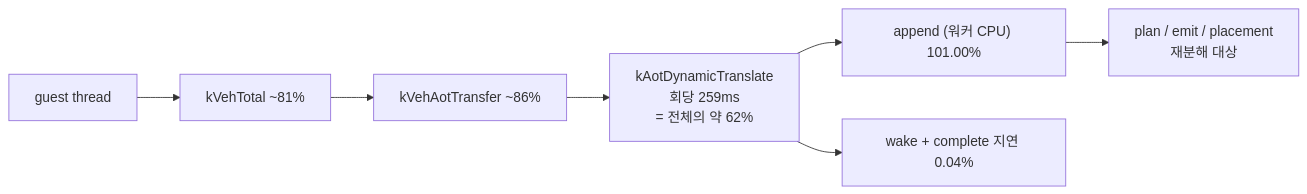
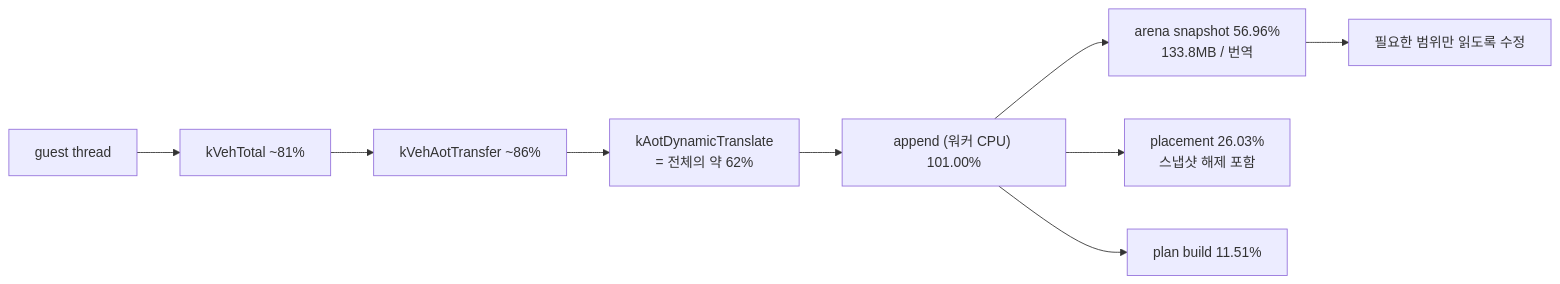
Before and after one commit to nworkers/rePIU: the diagram in docs/analysis/current-execution-frontier.md, drawn with Mermaid. The commit also changed other lines of this file and 12 other files, not shown here.

First line of the commit message:
feat: locate the dynamic translation bottleneck in the full-arena snapshot (v0.0.102)

````diff
--- a/docs/analysis/current-execution-frontier.md
+++ b/docs/analysis/current-execution-frontier.md
@@ -171,9 +205,11 @@
 ```mermaid
 flowchart LR
     T["guest thread"] --> V["kVehTotal ~81%"]
     V --> A["kVehAotTransfer ~86%"]
-    A --> D["kAotDynamicTranslate<br/>회당 259ms<br/>= 전체의 약 62%"]
+    A --> D["kAotDynamicTranslate<br/>= 전체의 약 62%"]
     D --> W["append (워커 CPU) 101.00%"]
-    D --> L["wake + complete 지연 0.04%"]
-    W --> N["plan / emit / placement<br/>재분해 대상"]
+    W --> S["arena snapshot 56.96%<br/>133.8MB / 번역"]
+    W --> P["placement 26.03%<br/>스냅샷 해제 포함"]
+    W --> B["plan build 11.51%"]
+    S --> F["필요한 범위만 읽도록 수정"]
 ```
````
